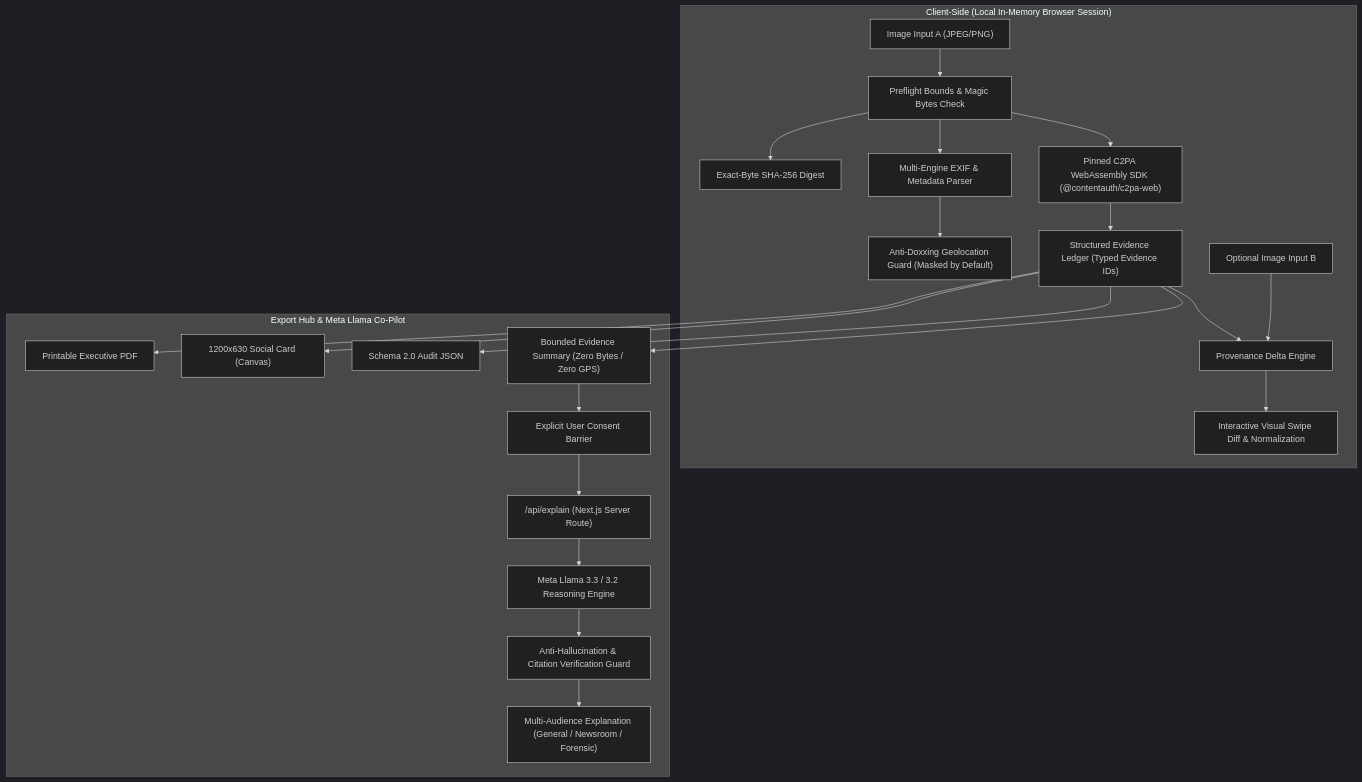
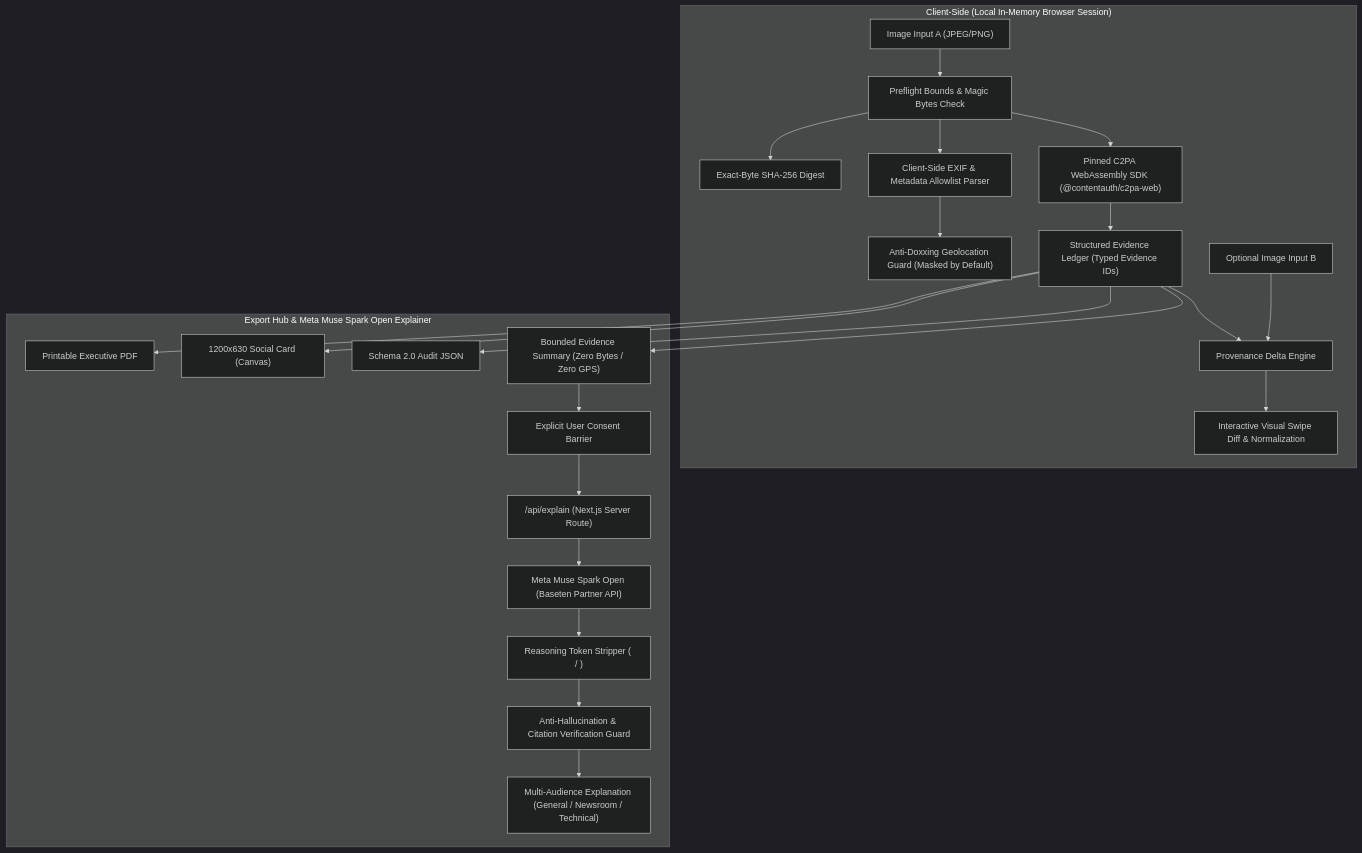
One commit to Nightmare-026/OriginLens changed the diagram in README.md. Above: the diagram before and after it, drawn with Mermaid (dark theme). The commit also changed other lines of this file and 24 other files, not shown here.

First line of the commit message:
feat: integrate Meta Muse Spark Open via Baseten, resolve audit findings, and harden WCAG AA accessibility

````diff
--- a/README.md
+++ b/README.md
@@ -34,29 +34,30 @@
 ```mermaid
 flowchart TD
   subgraph ClientSide["Client-Side (Local In-Memory Browser Session)"]
     FileA["Image Input A (JPEG/PNG)"] --> Intake["Preflight Bounds & Magic Bytes Check"]
     Intake --> SHA256["Exact-Byte SHA-256 Digest"]
     Intake --> WASM["Pinned C2PA WebAssembly SDK (@contentauth/c2pa-web)"]
-    Intake --> EXIF["Multi-Engine EXIF & Metadata Parser"]
+    Intake --> EXIF["Client-Side EXIF & Metadata Allowlist Parser"]
     
     EXIF --> GPS["Anti-Doxxing Geolocation Guard (Masked by Default)"]
     WASM --> Ledger["Structured Evidence Ledger (Typed Evidence IDs)"]
     
     FileB["Optional Image Input B"] --> DeltaEngine["Provenance Delta Engine"]
     Ledger --> DeltaEngine
     DeltaEngine --> VisualSlider["Interactive Visual Swipe Diff & Normalization"]
   end
 
-  subgraph ExportAndAI["Export Hub & Meta Llama Co-Pilot"]
+  subgraph ExportAndAI["Export Hub & Meta Muse Spark Open Explainer"]
     Ledger --> ExportPDF["Printable Executive PDF"]
     Ledger --> ExportSocial["1200x630 Social Card (Canvas)"]
     Ledger --> ExportJSON["Schema 2.0 Audit JSON"]
     
     Ledger --> SafeSummary["Bounded Evidence Summary (Zero Bytes / Zero GPS)"]
     SafeSummary --> Consent["Explicit User Consent Barrier"]
     Consent --> ServerRoute["/api/explain (Next.js Server Route)"]
-    ServerRoute --> Llama["Meta Llama 3.3 / 3.2 Reasoning Engine"]
-    Llama --> Guard["Anti-Hallucination & Citation Verification Guard"]
-    Guard --> PersonaUI["Multi-Audience Explanation (General / Newsroom / Forensic)"]
+    ServerRoute --> Muse["Meta Muse Spark Open (Baseten Partner API)"]
+    Muse --> Strip["Reasoning Token Stripper (<thought> / <think>)"]
+    Strip --> Guard["Anti-Hallucination & Citation Verification Guard"]
+    Guard --> PersonaUI["Multi-Audience Explanation (General / Newsroom / Technical)"]
   end
 ```
````
